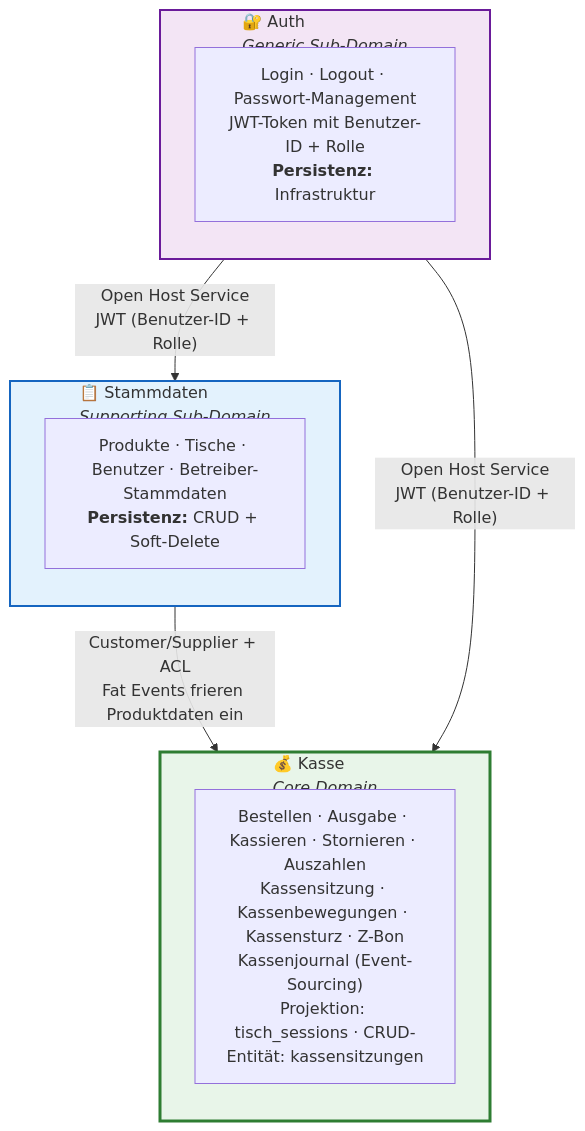
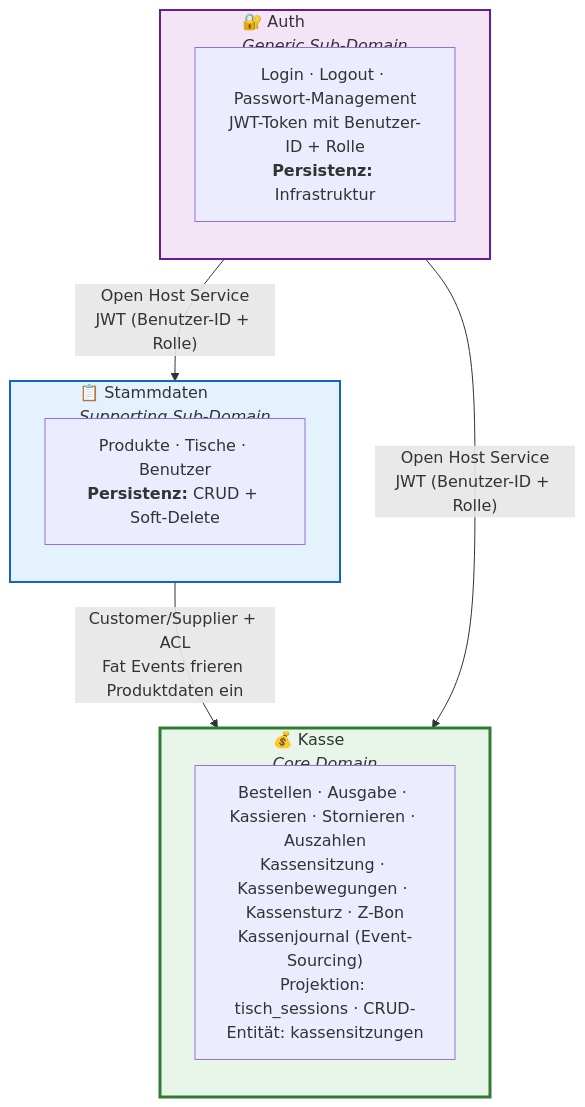
The second of 19 diagrams in docs/diagrams.md (nicograef/jotti), drawn with Mermaid before and after one commit. The commit also changed other lines of this file and 6 other files, not shown here.

````diff
--- a/docs/diagrams.md
+++ b/docs/diagrams.md
@@ -67,25 +67,25 @@
 ```mermaid
 graph TB
     subgraph auth ["🔐 Auth<br/><i>Generic Sub-Domain</i>"]
         direction TB
         auth_desc["Login · Logout · Passwort-Management<br/>JWT-Token mit Benutzer-ID + Rolle<br/><b>Persistenz:</b> Infrastruktur"]
     end
 
     subgraph stammdaten ["📋 Stammdaten<br/><i>Supporting Sub-Domain</i>"]
         direction TB
-        stamm_desc["Produkte · Tische · Benutzer · Betreiber-Stammdaten<br/><b>Persistenz:</b> CRUD + Soft-Delete"]
+        stamm_desc["Produkte · Tische · Benutzer<br/><b>Persistenz:</b> CRUD + Soft-Delete"]
     end
 
     subgraph kasse ["💰 Kasse<br/><i>Core Domain</i>"]
         direction TB
         kasse_desc["Bestellen · Ausgabe · Kassieren · Stornieren · Auszahlen<br/>Kassensitzung · Kassenbewegungen · Kassensturz · Z-Bon<br/>Kassenjournal (Event-Sourcing)<br/>Projektion: tisch_sessions · CRUD-Entität: kassensitzungen"]
     end
 
     stammdaten -->|"Customer/Supplier + ACL<br/>Fat Events frieren Produktdaten ein"| kasse
     auth -->|"Open Host Service<br/>JWT (Benutzer-ID + Rolle)"| kasse
     auth -->|"Open Host Service<br/>JWT (Benutzer-ID + Rolle)"| stammdaten
 
     style kasse fill:#e8f5e9,stroke:#2e7d32,stroke-width:3px
     style stammdaten fill:#e3f2fd,stroke:#1565c0,stroke-width:2px
     style auth fill:#f3e5f5,stroke:#6a1b9a,stroke-width:2px
 ```
````
